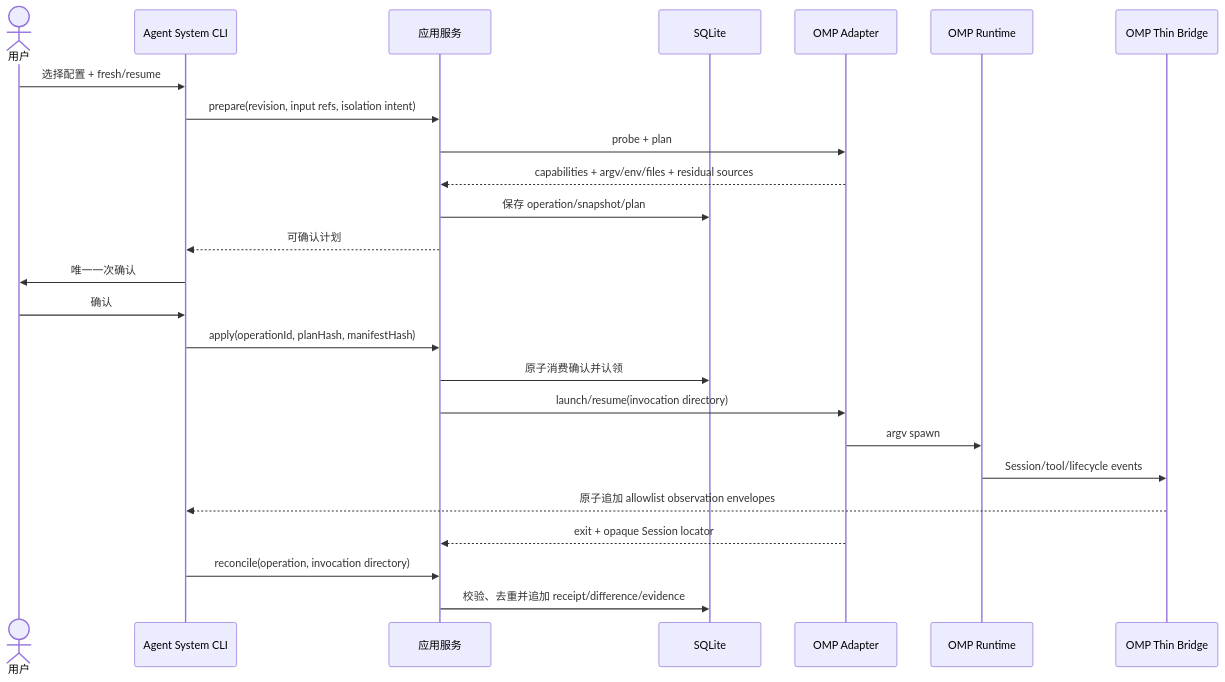
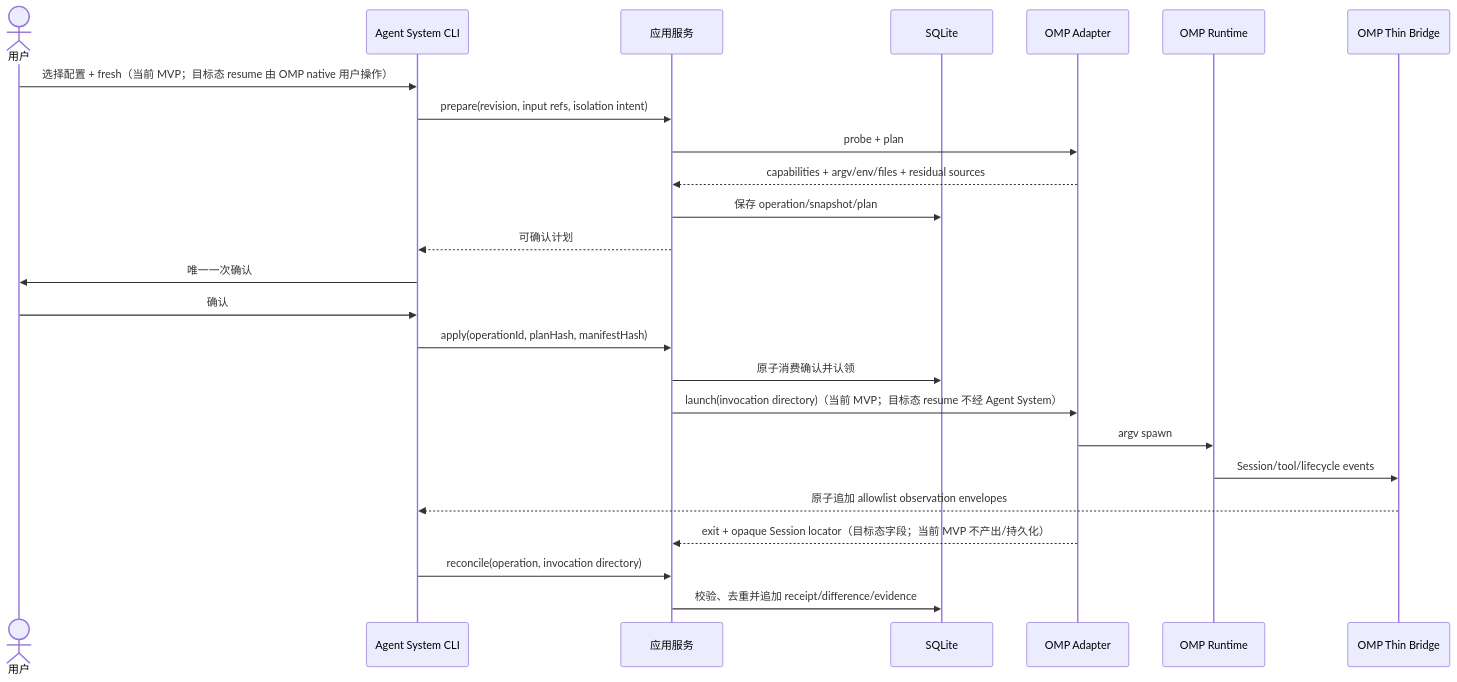
Before and after one commit to 2233admin/agent-systemX: the second of 3 diagrams in _bmad-output/planning-artifacts/architecture/architecture-agent-system-2026-08-22/ARCHITECTURE-SPINE.md, drawn with Mermaid. The commit also changed other lines of this file and 8 other files, not shown here.

````diff
--- a/_bmad-output/planning-artifacts/architecture/architecture-agent-system-2026-08-22/ARCHITECTURE-SPINE.md
+++ b/_bmad-output/planning-artifacts/architecture/architecture-agent-system-2026-08-22/ARCHITECTURE-SPINE.md
@@ -296,28 +297,28 @@
 ```mermaid
 sequenceDiagram
   actor U as 用户
   participant C as Agent System CLI
   participant A as 应用服务
   participant S as SQLite
   participant P as OMP Adapter
   participant O as OMP Runtime
   participant B as OMP Thin Bridge
 
-  U->>C: 选择配置 + fresh/resume
+  U->>C: 选择配置 + fresh（当前 MVP；目标态 resume 由 OMP native 用户操作）
   C->>A: prepare(revision, input refs, isolation intent)
   A->>P: probe + plan
   P-->>A: capabilities + argv/env/files + residual sources
   A->>S: 保存 operation/snapshot/plan
   A-->>C: 可确认计划
   C->>U: 唯一一次确认
   U->>C: 确认
   C->>A: apply(operationId, planHash, manifestHash)
   A->>S: 原子消费确认并认领
-  A->>P: launch/resume(invocation directory)
+  A->>P: launch(invocation directory)（当前 MVP；目标态 resume 不经 Agent System）
   P->>O: argv spawn
   O->>B: Session/tool/lifecycle events
   B-->>C: 原子追加 allowlist observation envelopes
-  P-->>A: exit + opaque Session locator
+  P-->>A: exit + opaque Session locator（目标态字段；当前 MVP 不产出/持久化）
   C->>A: reconcile(operation, invocation directory)
   A->>S: 校验、去重并追加 receipt/difference/evidence
 ```
````
